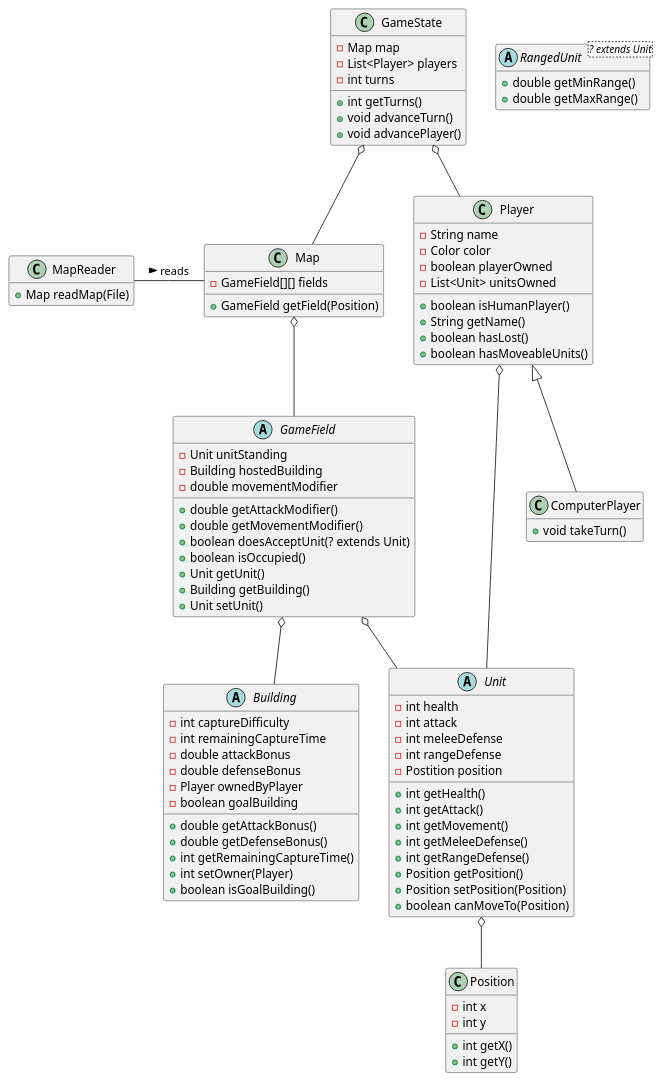
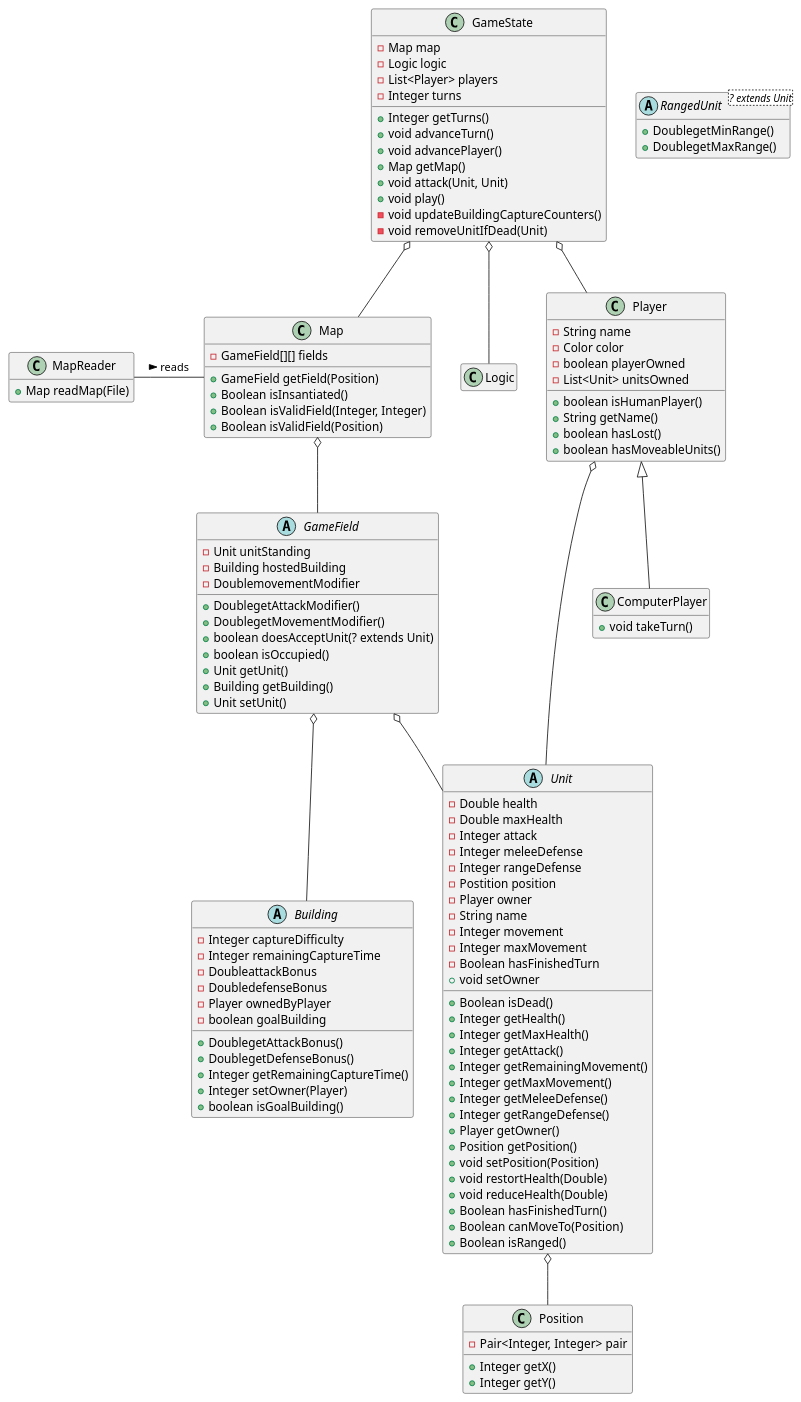
One commit to Fuuzetsu/dragon-wars changed the diagram in doc/uml.plantuml. Above: the diagram before and after it, drawn with PlantUML.

Commit message:
Update UML up to Unit

```diff
--- a/doc/uml.plantuml
+++ b/doc/uml.plantuml
@@ -1,104 +1,129 @@
 @startuml
 GameState o-- Map
+GameState o-- Logic
 GameState o-- Player
 MapReader - Map : reads >
 Map o-- GameField
 GameField o-- Building
 GameField o-- Unit
 Unit o-- Position
 Player o-- Unit
 Player <|-- ComputerPlayer
 
 
 class GameState {
       -Map map
+      -Logic logic
       -List<Player> players
-      -int turns
-      +int getTurns()
+      -Integer turns
+      +Integer getTurns()
       +void advanceTurn()
       +void advancePlayer()
+      +Map getMap()
+      +void attack(Unit, Unit)
+      +void play()
+      -void updateBuildingCaptureCounters()
+      -void removeUnitIfDead(Unit)
+      
 }
 
 class Map {
       -GameField[][] fields
       +GameField getField(Position)
+      +Boolean isInsantiated()
+      +Boolean isValidField(Integer, Integer)
+      +Boolean isValidField(Position)
 }
 
 class Position {
-      -int x
-      -int y
-      +int getX()
-      +int getY()
+      -Pair<Integer, Integer> pair
+      +Integer getX()
+      +Integer getY()
 }
 
 class MapReader {
       +Map readMap(File)
 }
 
 abstract class Unit {	 
-      -int health
-      -int attack
-      -int meleeDefense
-      -int rangeDefense
+      -Double health
+      -Double maxHealth
+      -Integer attack
+      -Integer meleeDefense
+      -Integer rangeDefense
       -Postition position
-      +int getHealth()
-      +int getAttack()
-      +int getMovement()			 	 
-      +int getMeleeDefense()
-      +int getRangeDefense()
+      -Player owner
+      -String name
+      -Integer movement
+      -Integer maxMovement
+      -Boolean hasFinishedTurn
+      +Boolean isDead()
+      +Integer getHealth()
+      +Integer getMaxHealth()
+      +Integer getAttack()
+      +Integer getRemainingMovement()			 	 
+      +Integer getMaxMovement()			 	 
+      +Integer getMeleeDefense()
+      +Integer getRangeDefense()
+      +Player getOwner()
+      +void setOwner
       +Position getPosition()
-      +Position setPosition(Position)
-      +boolean canMoveTo(Position)
+      +void setPosition(Position)
+      +void restortHealth(Double)
+      +void reduceHealth(Double)
+      +Boolean hasFinishedTurn()
+      +Boolean canMoveTo(Position)
+      +Boolean isRanged()
 }
 
 
 class Player {
       -String name
       -Color color
       -boolean playerOwned
       -List<Unit> unitsOwned
       +boolean isHumanPlayer()
       +String getName()
       +boolean hasLost()
       +boolean hasMoveableUnits()
 }
 
 class ComputerPlayer {
       +void takeTurn()
 }
 
 abstract class Building {
-      -int captureDifficulty
-      -int remainingCaptureTime
-      -double attackBonus
-      -double defenseBonus
+      -Integer captureDifficulty
+      -Integer remainingCaptureTime
+      -DoubleattackBonus
+      -DoubledefenseBonus
       -Player ownedByPlayer
       -boolean goalBuilding
-      +double getAttackBonus()
-      +double getDefenseBonus()
-      +int getRemainingCaptureTime()
-      +int setOwner(Player)
+      +DoublegetAttackBonus()
+      +DoublegetDefenseBonus()
+      +Integer getRemainingCaptureTime()
+      +Integer setOwner(Player)
       +boolean isGoalBuilding()      
 }
 
 abstract class GameField {
       -Unit unitStanding
       -Building hostedBuilding
-      -double movementModifier
-      +double getAttackModifier()
-      +double getMovementModifier()
+      -DoublemovementModifier
+      +DoublegetAttackModifier()
+      +DoublegetMovementModifier()
       +boolean doesAcceptUnit(? extends Unit)
       +boolean isOccupied()
       +Unit getUnit()
       +Building getBuilding()
       +Unit setUnit()
 }
 
 abstract class RangedUnit<? extends Unit> {
-      +double getMinRange()
-      +double getMaxRange()
+      +DoublegetMinRange()
+      +DoublegetMaxRange()
 }
 
 hide empty members
 
 @enduml
```
